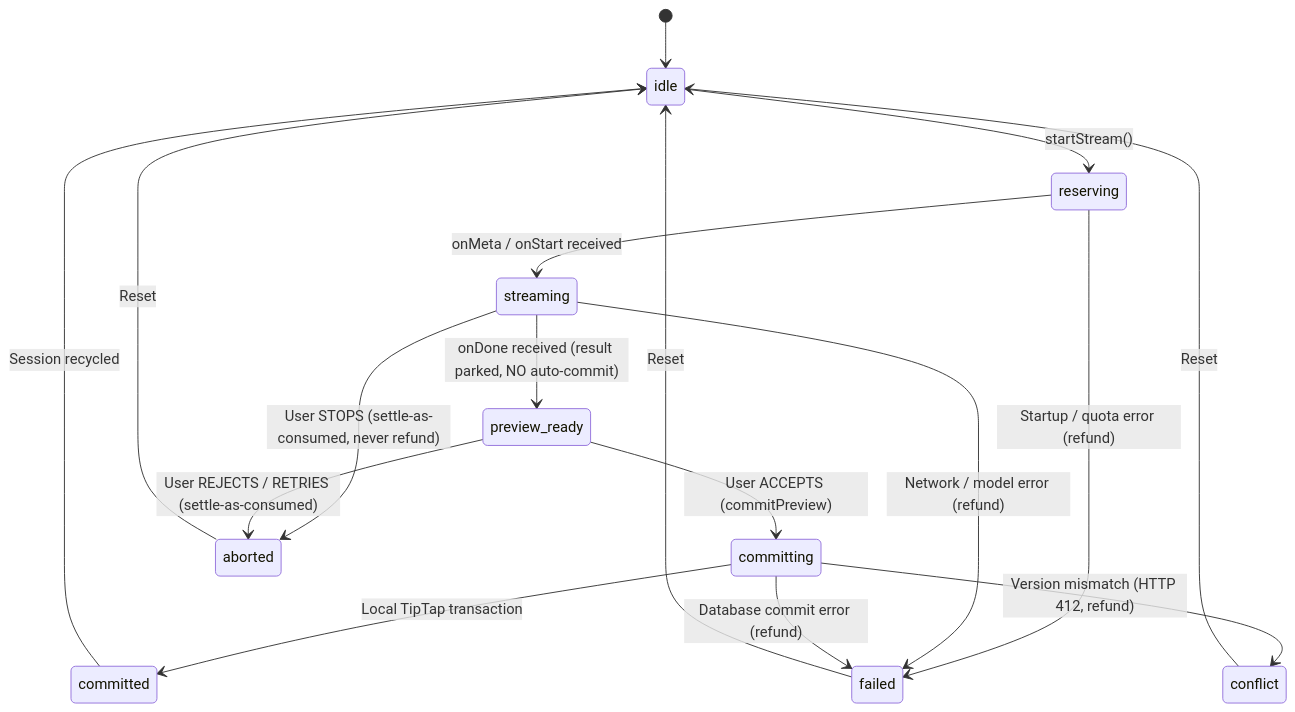
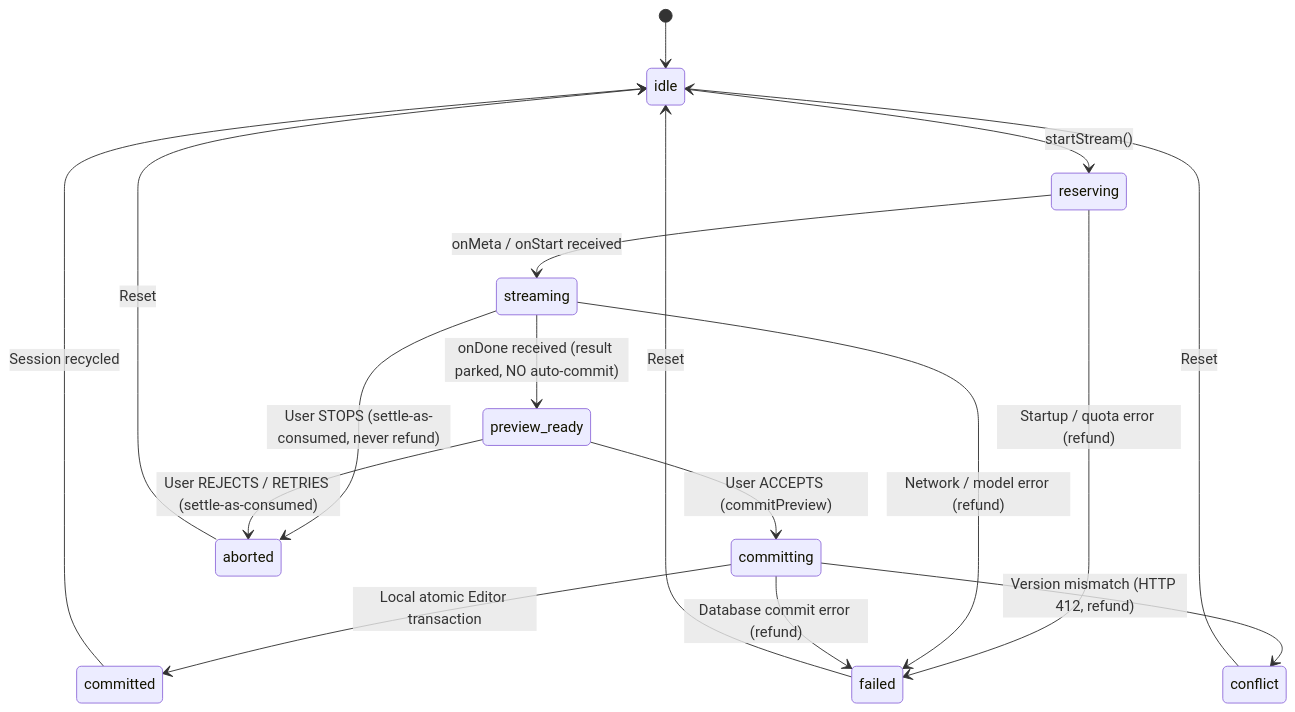
Before and after one commit to Abdullah931-stack/LUGX: the diagram in docs/architecture/ai-streaming-protocol.md, drawn with Mermaid. The commit also changed other lines of this file and 24 other files, not shown here.

````diff
--- a/docs/architecture/ai-streaming-protocol.md
+++ b/docs/architecture/ai-streaming-protocol.md
@@ -48,23 +48,23 @@
 ```mermaid
 stateDiagram-v2
     [*] --> idle
     idle --> reserving: startStream()
     reserving --> streaming: onMeta / onStart received
     streaming --> preview_ready: onDone received (result parked, NO auto-commit)
     preview_ready --> committing: User ACCEPTS (commitPreview)
-    committing --> committed: Local TipTap transaction
+    committing --> committed: Local atomic Editor transaction
     committed --> idle: Session recycled
 
     streaming --> aborted: User STOPS (settle-as-consumed, never refund)
     preview_ready --> aborted: User REJECTS / RETRIES (settle-as-consumed)
 
     reserving --> failed: Startup / quota error (refund)
     streaming --> failed: Network / model error (refund)
     committing --> failed: Database commit error (refund)
 
     committing --> conflict: Version mismatch (HTTP 412, refund)
     
     aborted --> idle: Reset
     failed --> idle: Reset
     conflict --> idle: Reset
 ```
````
